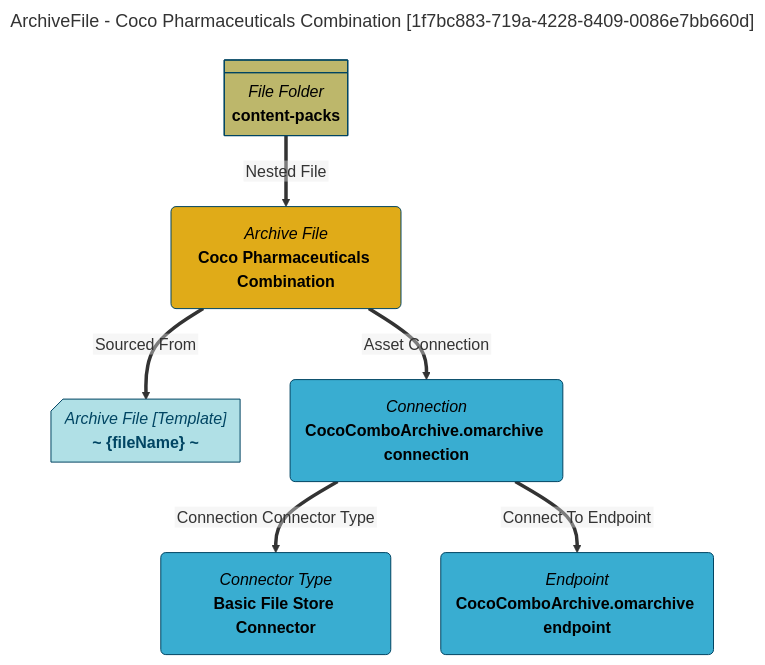
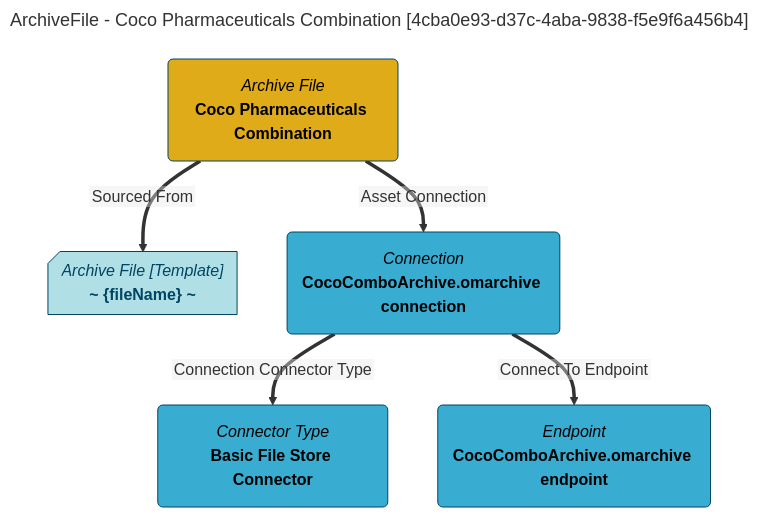
Before and after one commit to odpi/egeria-docs: the diagram in site/snippets/data-assets/coco-pharmaceuticals-combination-mermaid-graph.md, drawn with Mermaid. The commit also changed 2201 other files, not shown here.

````diff
--- a/site/snippets/data-assets/coco-pharmaceuticals-combination-mermaid-graph.md
+++ b/site/snippets/data-assets/coco-pharmaceuticals-combination-mermaid-graph.md
@@ -1,31 +1,27 @@
 ```mermaid
 ---
-title: ArchiveFile - Coco Pharmaceuticals Combination [1f7bc883-719a-4228-8409-0086e7bb660d]
+title: ArchiveFile - Coco Pharmaceuticals Combination [4cba0e93-d37c-4aba-9838-f5e9f6a456b4]
 ---
 flowchart TD
 %%{init: {"flowchart": {"htmlLabels": false}} }%%
 
 1@{ shape: rounded, label: "*Archive File*
 **Coco Pharmaceuticals Combination**"}
 2@{ shape: card, label: "*Archive File [Template]*
 **~ {fileName} ~**"}
 1==>|"Sourced From"|2
 3@{ shape: rounded, label: "*Connection*
 **CocoComboArchive.omarchive connection**"}
 1==>|"Asset Connection"|3
 4@{ shape: rounded, label: "*Connector Type*
 **Basic File Store Connector**"}
 3==>|"Connection Connector Type"|4
 5@{ shape: rounded, label: "*Endpoint*
 **CocoComboArchive.omarchive endpoint**"}
 3==>|"Connect To Endpoint"|5
-6@{ shape: div-rect, label: "*File Folder*
-**content-packs**"}
-6==>|"Nested File"|1
 style 1 color:#000000, fill:#e0ab18, stroke:#004563
 style 2 color:#004563, fill:#b0e0e6, stroke:#004563
 style 3 color:#000000, fill:#39add1, stroke:#004563
 style 4 color:#000000, fill:#39add1, stroke:#004563
 style 5 color:#000000, fill:#39add1, stroke:#004563
-style 6 color:#000000, fill:#bdb76b, stroke:#004563
 ```
````
